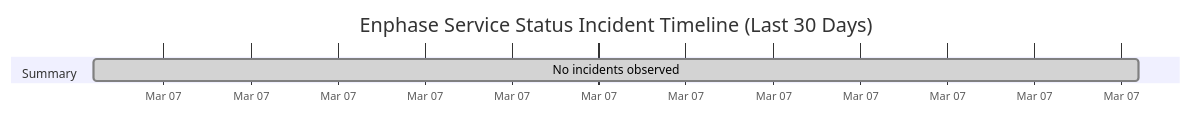
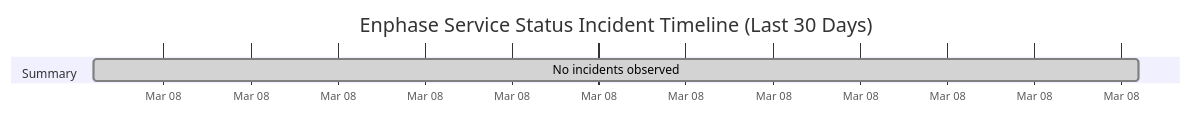
The diagram in wiki/Service-Status-History.md (barneyonline/ha-enphase-ev-charger), drawn with Mermaid before and after one commit. The commit also changed other lines of this file and 3 other files, not shown here.

````diff
--- a/wiki/Service-Status-History.md
+++ b/wiki/Service-Status-History.md
@@ -14,8 +14,8 @@
 ```mermaid
 gantt
     title Enphase Service Status Incident Timeline (Last 30 Days)
     dateFormat  YYYY-MM-DDTHH:mm:ss
     axisFormat  %b %d
     section Summary
-    No incidents observed :done, 2026-03-07T23:14:06, 1m
+    No incidents observed :done, 2026-03-08T01:15:41, 1m
 ```
````
